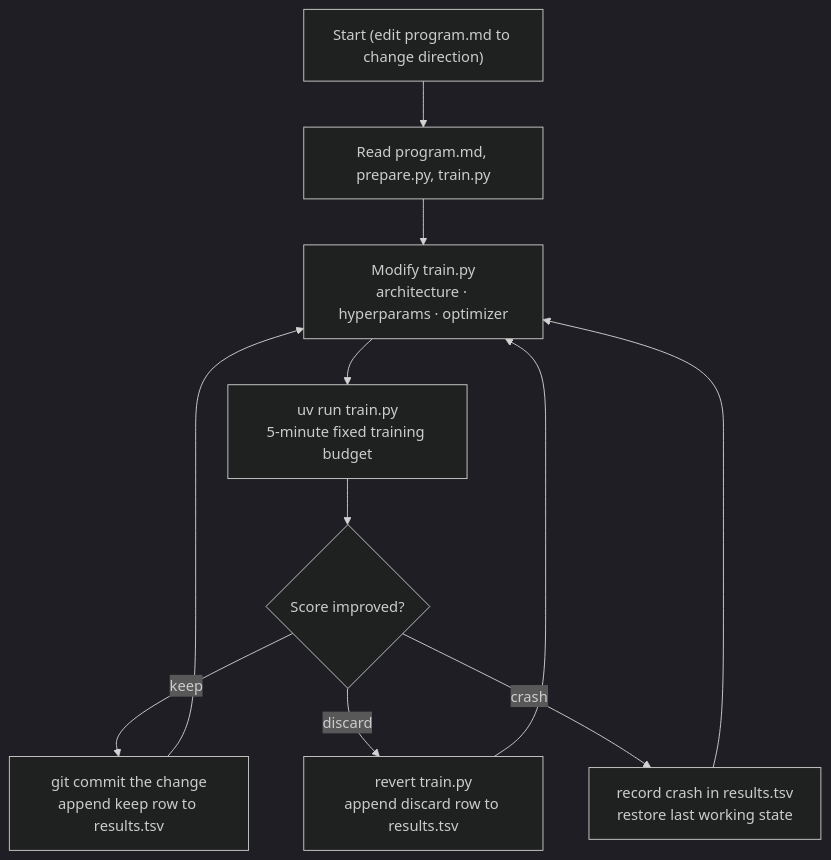
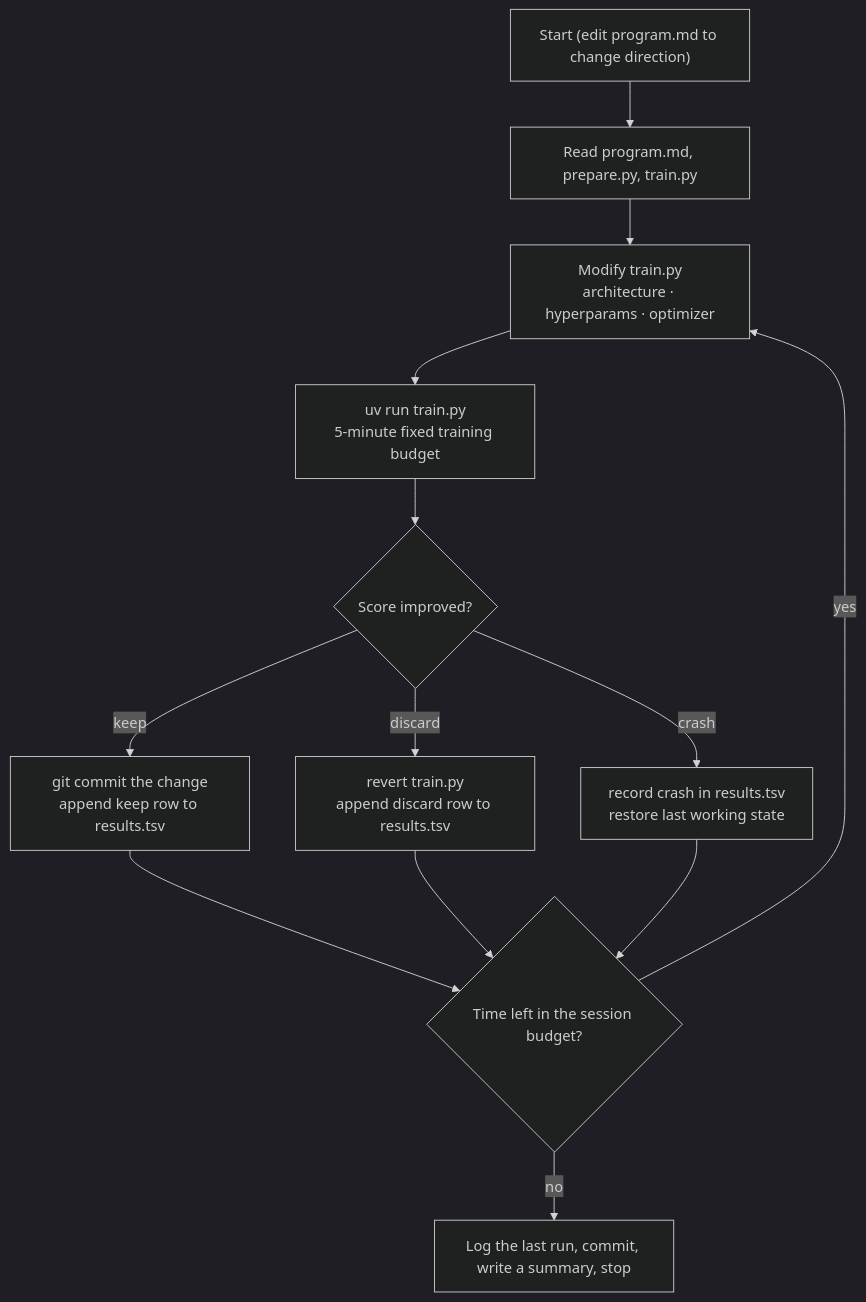
Before and after one commit to aroughidea/autoresearch-starter: the diagram in README.md, drawn with Mermaid (dark theme). The commit also changed other lines of this file and 3 other files, not shown here.

First line of the commit message:
docs: sessions end on a budget; the chat page names training and research time

````diff
--- a/README.md
+++ b/README.md
@@ -68,13 +68,15 @@
 ```mermaid
 flowchart TD
     A["Start (edit program.md to change direction)"] --> B["Read program.md, prepare.py, train.py"]
     B --> C["Modify train.py\narchitecture · hyperparams · optimizer"]
     C --> D["uv run train.py\n5-minute fixed training budget"]
     D --> E{Score improved?}
     E -->|keep| F["git commit the change\nappend keep row to results.tsv"]
     E -->|discard| G["revert train.py\nappend discard row to results.tsv"]
     E -->|crash| H["record crash in results.tsv\nrestore last working state"]
-    F --> C
-    G --> C
-    H --> C
+    F --> T{"Time left in the session budget?"}
+    G --> T
+    H --> T
+    T -->|yes| C
+    T -->|no| Z["Log the last run, commit, write a summary, stop"]
 ```
````
